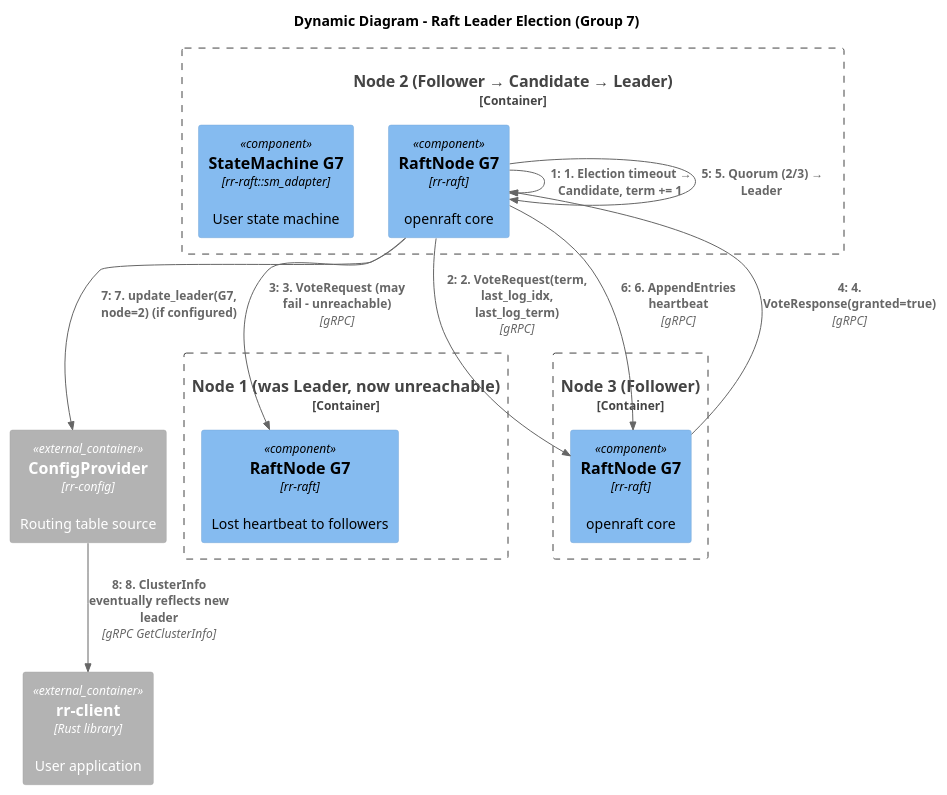
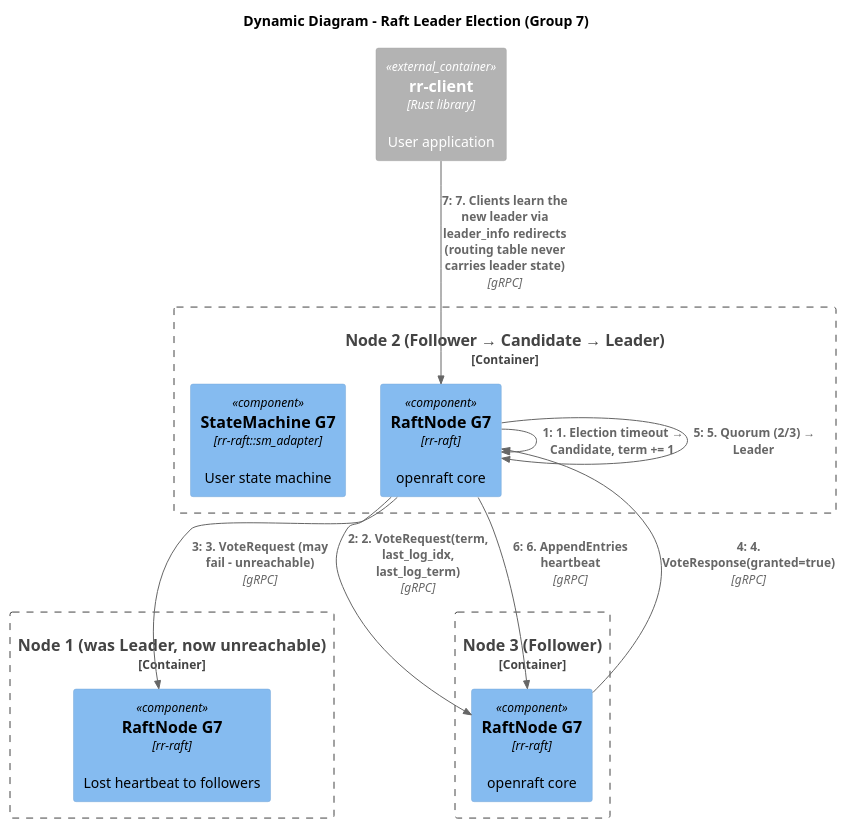
The first of 3 diagrams in docs/docs/architecture/c4/dynamic-leader-election.md (gardenias/rr), drawn with PlantUML before and after one commit. The commit also changed other lines of this file and 18 other files, not shown here.

First line of the commit message:
docs(architecture): correct factual drift against current code

````diff
--- a/docs/docs/architecture/c4/dynamic-leader-election.md
+++ b/docs/docs/architecture/c4/dynamic-leader-election.md
@@ -15,33 +15,31 @@
 ```plantuml
 @startuml
 !include <C4/C4_Dynamic.puml>
 
 title Dynamic Diagram - Raft Leader Election (Group 7)
 
 Container_Boundary(n1, "Node 1 (was Leader, now unreachable)") {
   Component(n1_raft, "RaftNode G7", "rr-raft", "Lost heartbeat to followers")
 }
 
 Container_Boundary(n2, "Node 2 (Follower → Candidate → Leader)") {
   Component(n2_raft, "RaftNode G7", "rr-raft", "openraft core")
   Component(n2_sm, "StateMachine G7", "rr-raft::sm_adapter", "User state machine")
 }
 
 Container_Boundary(n3, "Node 3 (Follower)") {
   Component(n3_raft, "RaftNode G7", "rr-raft", "openraft core")
 }
 
-Container_Ext(cfg, "ConfigProvider", "rr-config", "Routing table source")
 Container_Ext(client, "rr-client", "Rust library", "User application")
 
 Rel(n2_raft, n2_raft, "1. Election timeout → Candidate, term += 1")
 Rel(n2_raft, n3_raft, "2. VoteRequest(term, last_log_idx, last_log_term)", "gRPC")
 Rel(n2_raft, n1_raft, "3. VoteRequest (may fail - unreachable)", "gRPC")
 Rel(n3_raft, n2_raft, "4. VoteResponse(granted=true)", "gRPC")
 Rel(n2_raft, n2_raft, "5. Quorum (2/3) → Leader")
 Rel(n2_raft, n3_raft, "6. AppendEntries heartbeat", "gRPC")
-Rel(n2_raft, cfg, "7. update_leader(G7, node=2) (if configured)")
-Rel(cfg, client, "8. ClusterInfo eventually reflects new leader", "gRPC GetClusterInfo")
+Rel(client, n2_raft, "7. Clients learn the new leader via leader_info redirects (routing table never carries leader state)", "gRPC")
 
 @enduml
 ```
````
